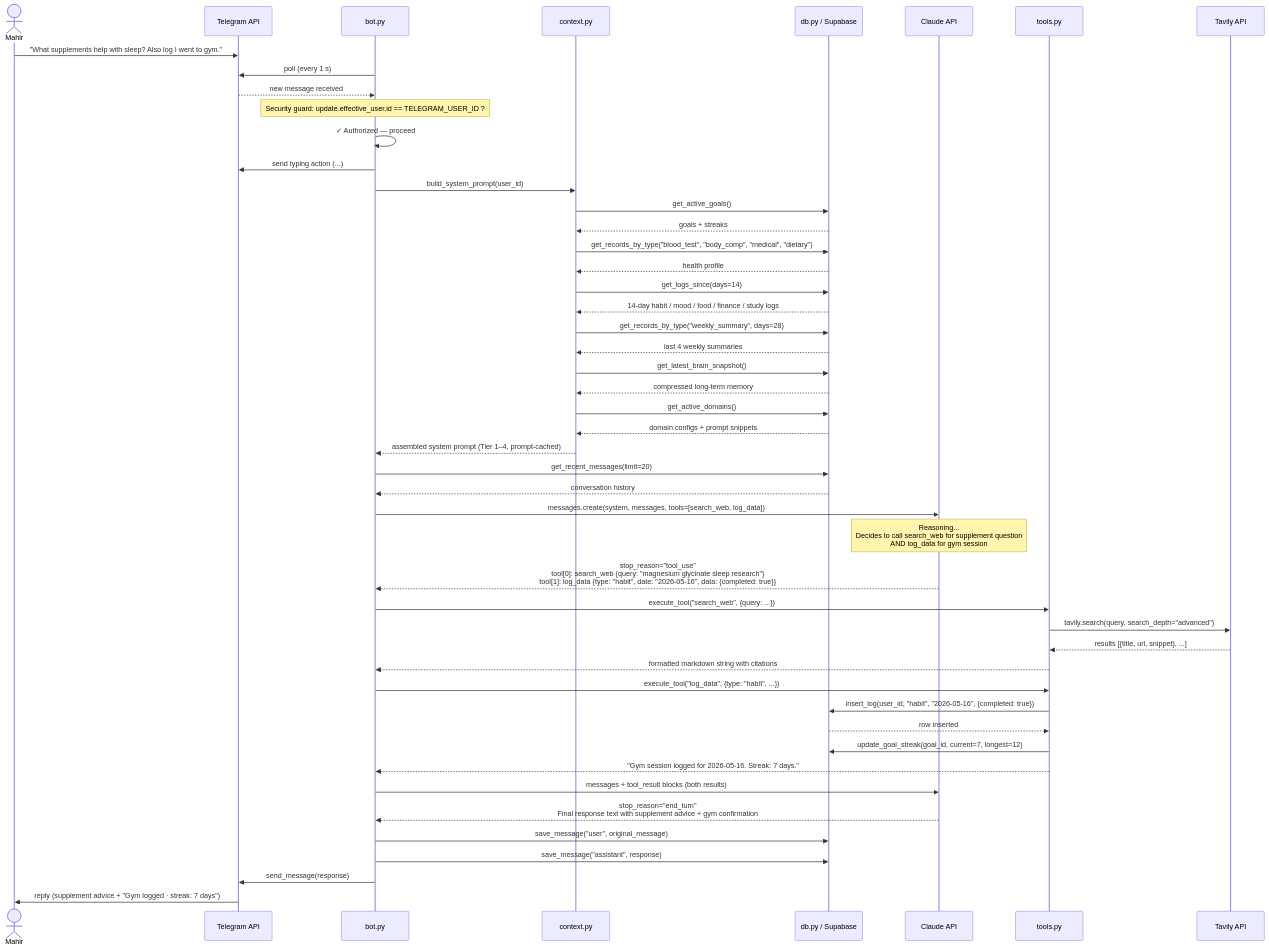
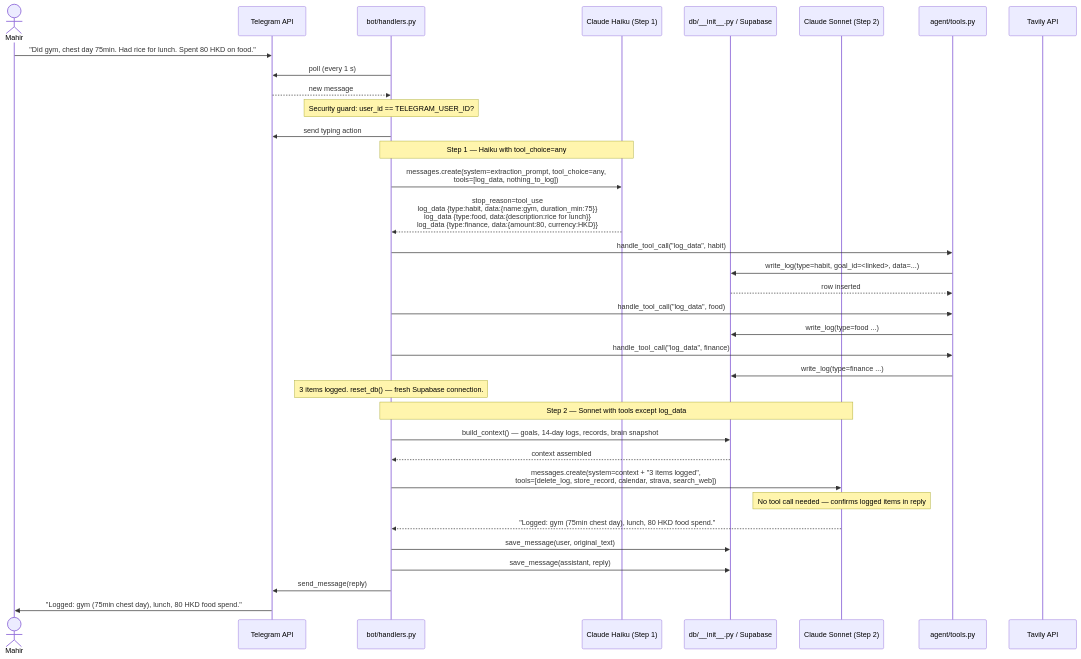
The second of 5 diagrams in ARCHITECTURE.md (mlabib2/life-agent), drawn with Mermaid before and after one commit. The commit also changed other lines of this file and 1 other file, not shown here.

First line of the commit message:
docs: rewrite README and ARCHITECTURE for current implementation

````diff
--- a/ARCHITECTURE.md
+++ b/ARCHITECTURE.md
@@ -105,78 +80,54 @@
 ```mermaid
 sequenceDiagram
     actor Mahir
-    participant TG   as Telegram API
-    participant Bot  as bot.py
-    participant Ctx  as context.py
-    participant DB   as db.py / Supabase
-    participant AI   as Claude API
-    participant Exec as tools.py
-    participant Tav  as Tavily API
+    participant TG      as Telegram API
+    participant Bot     as bot/handlers.py
+    participant Haiku   as Claude Haiku (Step 1)
+    participant DB      as db/__init__.py / Supabase
+    participant Sonnet  as Claude Sonnet (Step 2)
+    participant Tools   as agent/tools.py
+    participant Tavily  as Tavily API
 
-    Mahir ->> TG   : "What supplements help with sleep? Also log I went to gym."
-    Bot  ->> TG    : poll (every 1 s)
-    TG  -->> Bot   : new message received
+    Mahir  ->> TG    : "Did gym, chest day 75min. Had rice for lunch. Spent 80 HKD on food."
+    Bot    ->> TG    : poll (every 1 s)
+    TG    -->> Bot   : new message
 
-    Note over Bot  : Security guard: update.effective_user.id == TELEGRAM_USER_ID ?
-    Bot  ->> Bot   : ✓ Authorized — proceed
+    Note over Bot    : Security guard: user_id == TELEGRAM_USER_ID?
+    Bot    ->> TG    : send typing action
 
-    Bot  ->> TG    : send typing action (...)
+    %% ── Step 1: Forced Extraction ────────────────────────────────────────────
+    Note over Bot,Haiku : Step 1 — Haiku with tool_choice=any
 
-    %% ── Context Assembly ───────────────────────────────────────────────────
-    Bot  ->> Ctx   : build_system_prompt(user_id)
+    Bot    ->> Haiku : messages.create(system=extraction_prompt, tool_choice=any,<br/>tools=[log_data, nothing_to_log])
 
-    Ctx  ->> DB    : get_active_goals()
-    DB  -->> Ctx   : goals + streaks
+    Haiku -->> Bot   : stop_reason=tool_use<br/>log_data {type:habit, data:{name:gym, duration_min:75}}<br/>log_data {type:food, data:{description:rice for lunch}}<br/>log_data {type:finance, data:{amount:80, currency:HKD}}
 
-    Ctx  ->> DB    : get_records_by_type("blood_test", "body_comp", "medical", "dietary")
-    DB  -->> Ctx   : health profile
+    Bot    ->> Tools : handle_tool_call("log_data", habit)
+    Tools  ->> DB    : write_log(type=habit, goal_id=<linked>, data=...)
+    DB    -->> Tools : row inserted
 
-    Ctx  ->> DB    : get_logs_since(days=14)
-    DB  -->> Ctx   : 14-day habit / mood / food / finance / study logs
+    Bot    ->> Tools : handle_tool_call("log_data", food)
+    Tools  ->> DB    : write_log(type=food ...)
 
-    Ctx  ->> DB    : get_records_by_type("weekly_summary", days=28)
-    DB  -->> Ctx   : last 4 weekly summaries
+    Bot    ->> Tools : handle_tool_call("log_data", finance)
+    Tools  ->> DB    : write_log(type=finance ...)
 
-    Ctx  ->> DB    : get_latest_brain_snapshot()
-    DB  -->> Ctx   : compressed long-term memory
+    Note over Bot    : 3 items logged. reset_db() — fresh Supabase connection.
 
-    Ctx  ->> DB    : get_active_domains()
-    DB  -->> Ctx   : domain configs + prompt snippets
+    %% ── Step 2: Conversation ─────────────────────────────────────────────────
+    Note over Bot,Sonnet : Step 2 — Sonnet with tools except log_data
 
-    Ctx -->> Bot   : assembled system prompt (Tier 1–4, prompt-cached)
+    Bot    ->> DB    : build_context() — goals, 14-day logs, records, brain snapshot
+    DB    -->> Bot   : context assembled
 
-    Bot  ->> DB    : get_recent_messages(limit=20)
-    DB  -->> Bot   : conversation history
+    Bot    ->> Sonnet: messages.create(system=context + "3 items logged",<br/>tools=[delete_log, store_record, calendar, strava, search_web])
 
-    %% ── First Claude Call ─────────────────────────────────────────────────
-    Bot  ->> AI    : messages.create(system, messages, tools=[search_web, log_data])
+    Note over Sonnet : No tool call needed — confirms logged items in reply
 
-    Note over AI   : Reasoning...<br/>Decides to call search_web for supplement question<br/>AND log_data for gym session
+    Sonnet -->> Bot  : "Logged: gym (75min chest day), lunch, 80 HKD food spend."
 
-    AI  -->> Bot   : stop_reason="tool_use"<br/>tool[0]: search_web {query: "magnesium glycinate sleep research"}<br/>tool[1]: log_data {type: "habit", date: "2026-05-16", data: {completed: true}}
-
-    %% ── Tool: search_web ───────────────────────────────────────────────────
-    Bot  ->> Exec  : execute_tool("search_web", {query: ...})
-    Exec ->> Tav   : tavily.search(query, search_depth="advanced")
-    Tav -->> Exec  : results [{title, url, snippet}, ...]
-    Exec -->> Bot  : formatted markdown string with citations
-
-    %% ── Tool: log_data ────────────────────────────────────────────────────
-    Bot  ->> Exec  : execute_tool("log_data", {type: "habit", ...})
-    Exec ->> DB    : insert_log(user_id, "habit", "2026-05-16", {completed: true})
-    DB  -->> Exec  : row inserted
-    Exec ->> DB    : update_goal_streak(goal_id, current=7, longest=12)
-    Exec -->> Bot  : "Gym session logged for 2026-05-16. Streak: 7 days."
-
-    %% ── Second Claude Call (tool results injected) ────────────────────────
-    Bot  ->> AI    : messages + tool_result blocks (both results)
-
-    AI  -->> Bot   : stop_reason="end_turn"<br/>Final response text with supplement advice + gym confirmation
-
-    %% ── Persist & Reply ───────────────────────────────────────────────────
-    Bot  ->> DB    : save_message("user", original_message)
-    Bot  ->> DB    : save_message("assistant", response)
-
-    Bot  ->> TG    : send_message(response)
-    TG  ->> Mahir  : reply (supplement advice + "Gym logged · streak: 7 days")
+    Bot    ->> DB    : save_message(user, original_text)
+    Bot    ->> DB    : save_message(assistant, reply)
+    Bot    ->> TG    : send_message(reply)
+    TG     ->> Mahir : "Logged: gym (75min chest day), lunch, 80 HKD food spend."
 ```
````
